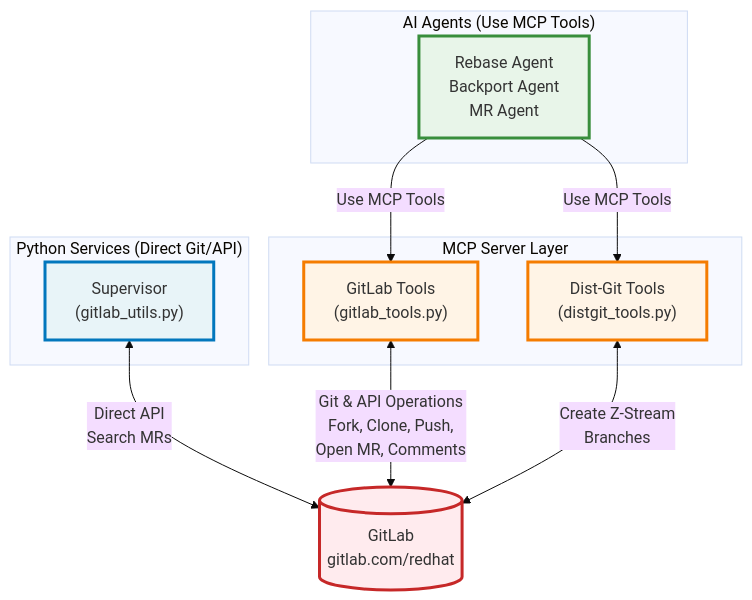
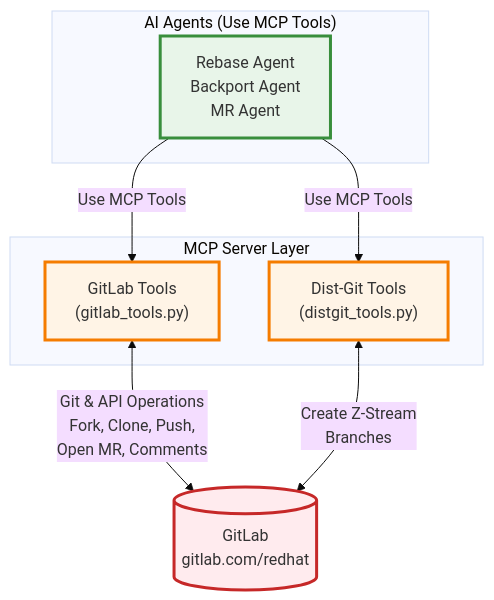
Before and after one commit to packit/ai-workflows: the second of 4 diagrams in gitlab_distgit_data_flow.md, drawn with Mermaid (base theme). The commit also changed other lines of this file and 54 other files, not shown here.

````diff
--- a/gitlab_distgit_data_flow.md
+++ b/gitlab_distgit_data_flow.md
@@ -37,31 +37,24 @@
 ```mermaid
 graph TD
     GITLAB[("GitLab<br/>gitlab.com/redhat")]
-
-    subgraph "Python Services (Direct Git/API)"
-        SUPERVISOR["Supervisor<br/>(gitlab_utils.py)"]
-    end
 
     subgraph "MCP Server Layer"
         MCP_GITLAB["GitLab Tools<br/>(gitlab_tools.py)"]
         MCP_DISTGIT["Dist-Git Tools<br/>(distgit_tools.py)"]
     end
 
     subgraph "AI Agents (Use MCP Tools)"
         AGENTS["Rebase Agent<br/>Backport Agent<br/>MR Agent"]
     end
 
-    SUPERVISOR <-->|"Direct API<br/>Search MRs"| GITLAB
-
     AGENTS -->|"Use MCP Tools"| MCP_GITLAB
     AGENTS -->|"Use MCP Tools"| MCP_DISTGIT
 
     MCP_GITLAB <-->|"Git & API Operations<br/>Fork, Clone, Push,<br/>Open MR, Comments"| GITLAB
     MCP_DISTGIT <-->|"Create Z-Stream<br/>Branches"| GITLAB
 
-    style SUPERVISOR fill:#e8f4f8,stroke:#0277bd,stroke-width:3px
     style MCP_GITLAB fill:#fff4e6,stroke:#f57c00,stroke-width:3px
     style MCP_DISTGIT fill:#fff4e6,stroke:#f57c00,stroke-width:3px
     style AGENTS fill:#e8f5e9,stroke:#388e3c,stroke-width:3px
     style GITLAB fill:#ffebee,stroke:#c62828,stroke-width:3px
 ```
````
